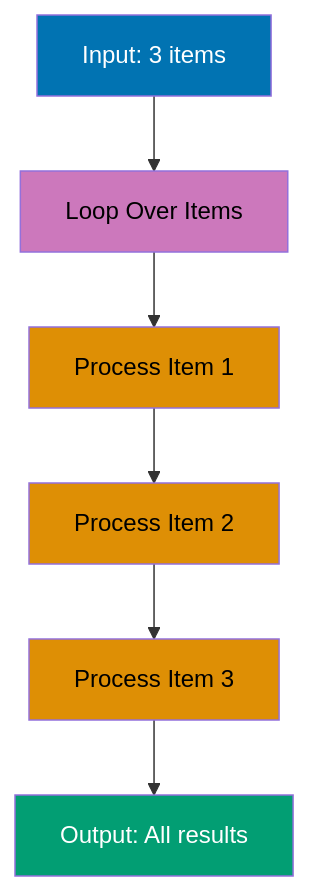
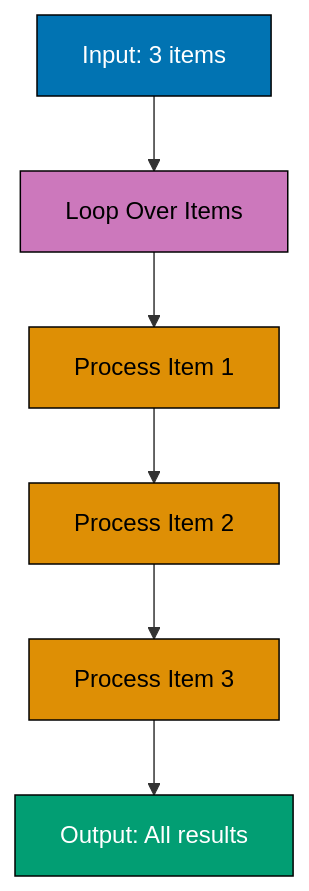
One commit to wahidyankf/open-sharia-enterprise changed the first of 10 diagrams in apps/ayokoding-web/content/en/learn/software-engineering/automation/tools/n8n/tutorials/by-example/intermediate.md. Above: the diagram before and after it, drawn with Mermaid. The commit also changed other lines of this file and 8 other files, not shown here.

````diff
--- a/apps/ayokoding-web/content/en/learn/software-engineering/automation/tools/n8n/tutorials/by-example/intermediate.md
+++ b/apps/ayokoding-web/content/en/learn/software-engineering/automation/tools/n8n/tutorials/by-example/intermediate.md
@@ -14,16 +14,16 @@
 ```mermaid
 %% Loop processes items one by one
 graph TD
     A[Input: 3 items] --> B[Loop Over Items]
     B --> C[Process Item 1]
     C --> D[Process Item 2]
     D --> E[Process Item 3]
     E --> F[Output: All results]
 
-    style A fill:#0173B2,color:#fff
-    style B fill:#CC78BC,color:#000
-    style C fill:#DE8F05,color:#000
-    style D fill:#DE8F05,color:#000
-    style E fill:#DE8F05,color:#000
-    style F fill:#029E73,color:#fff
+    style A fill:#0173B2,stroke:#000,color:#fff
+    style B fill:#CC78BC,stroke:#000,color:#000
+    style C fill:#DE8F05,stroke:#000,color:#000
+    style D fill:#DE8F05,stroke:#000,color:#000
+    style E fill:#DE8F05,stroke:#000,color:#000
+    style F fill:#029E73,stroke:#000,color:#fff
 ```
````
